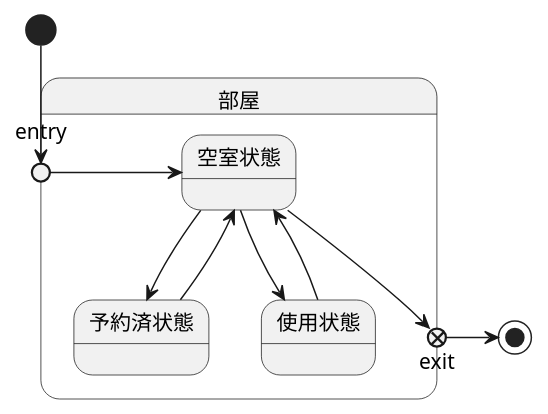
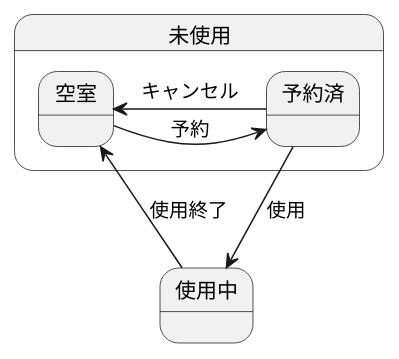
Before and after one commit to omorirenka/uml-introduction: the diagram in 演習6-2_SD_部屋オブジェクト.pu, drawn with PlantUML.

Commit message:
演習6-2修正

```diff
--- a/演習6-2_SD_部屋オブジェクト.pu
+++ b/演習6-2_SD_部屋オブジェクト.pu
@@ -1,14 +1,10 @@
 @startuml
-state 部屋{
-state entry <<entryPoint>>
-state exit <<exitPoint>>
-entry -right-> 空室状態
-空室状態 --> 予約済状態
-予約済状態 --> 空室状態
-空室状態 --> 使用状態
-使用状態 --> 空室状態
-空室状態 --> exit
+' left to right direction
+state 未使用{
+空室 -right-> 予約済 : 予約
+空室 <-- 予約済 : キャンセル
 }
-[*] --> entry
-exit -> [*]
+使用中 --> 空室 : 使用終了
+予約済 --> 使用中 : 使用
+
 @enduml
```
